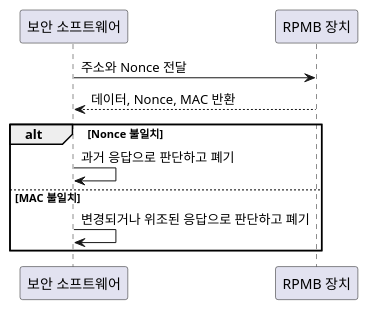
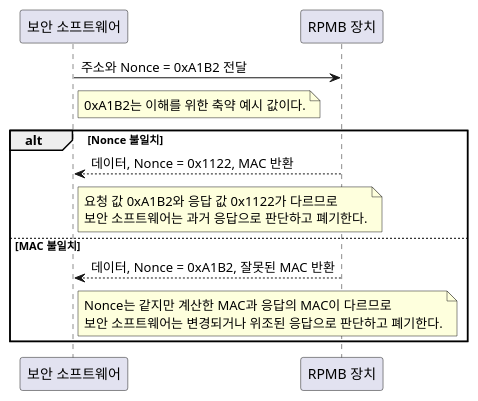
The first of 2 diagrams in survey/RPMB.md (boram1288/test-p), drawn with PlantUML before and after one commit. The commit also changed other lines of this file, not shown here.

Commit message:
docs: add RPMB validation examples to diagrams

````diff
--- a/survey/RPMB.md
+++ b/survey/RPMB.md
@@ -31,15 +31,25 @@
 ```plantuml
 @startuml
 participant "보안 소프트웨어" as SecureSoftware
 participant "RPMB 장치" as RPMBDevice
 
-SecureSoftware -> RPMBDevice: 주소와 Nonce 전달
-RPMBDevice --> SecureSoftware: 데이터, Nonce, MAC 반환
+SecureSoftware -> RPMBDevice: 주소와 Nonce = 0xA1B2 전달
+note right of SecureSoftware
+  0xA1B2는 이해를 위한 축약 예시 값이다.
+end note
 
 alt Nonce 불일치
-    SecureSoftware -> SecureSoftware: 과거 응답으로 판단하고 폐기
+    RPMBDevice --> SecureSoftware: 데이터, Nonce = 0x1122, MAC 반환
+    note right of SecureSoftware
+      요청 값 0xA1B2와 응답 값 0x1122가 다르므로
+      보안 소프트웨어는 과거 응답으로 판단하고 폐기한다.
+    end note
 else MAC 불일치
-    SecureSoftware -> SecureSoftware: 변경되거나 위조된 응답으로 판단하고 폐기
+    RPMBDevice --> SecureSoftware: 데이터, Nonce = 0xA1B2, 잘못된 MAC 반환
+    note right of SecureSoftware
+      Nonce는 같지만 계산한 MAC과 응답의 MAC이 다르므로
+      보안 소프트웨어는 변경되거나 위조된 응답으로 판단하고 폐기한다.
+    end note
 end
 @enduml
 ```
````
